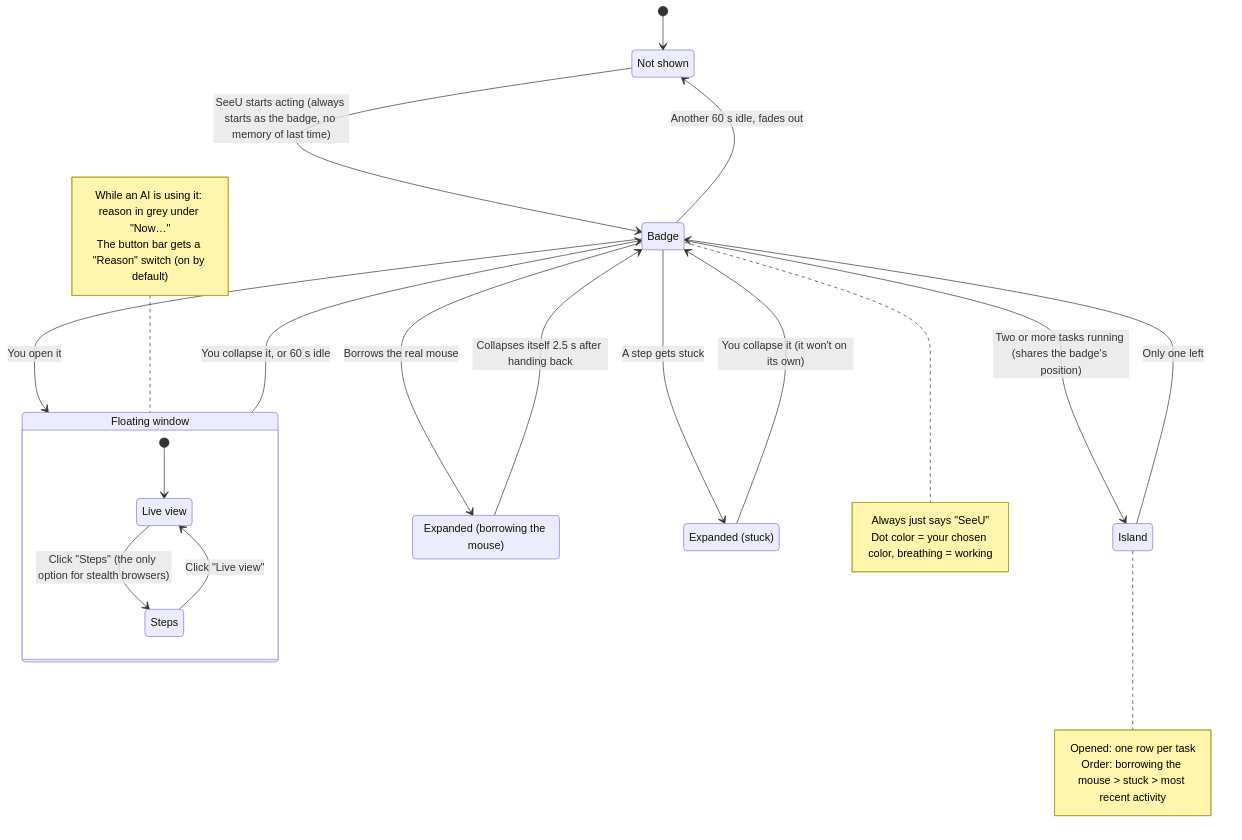
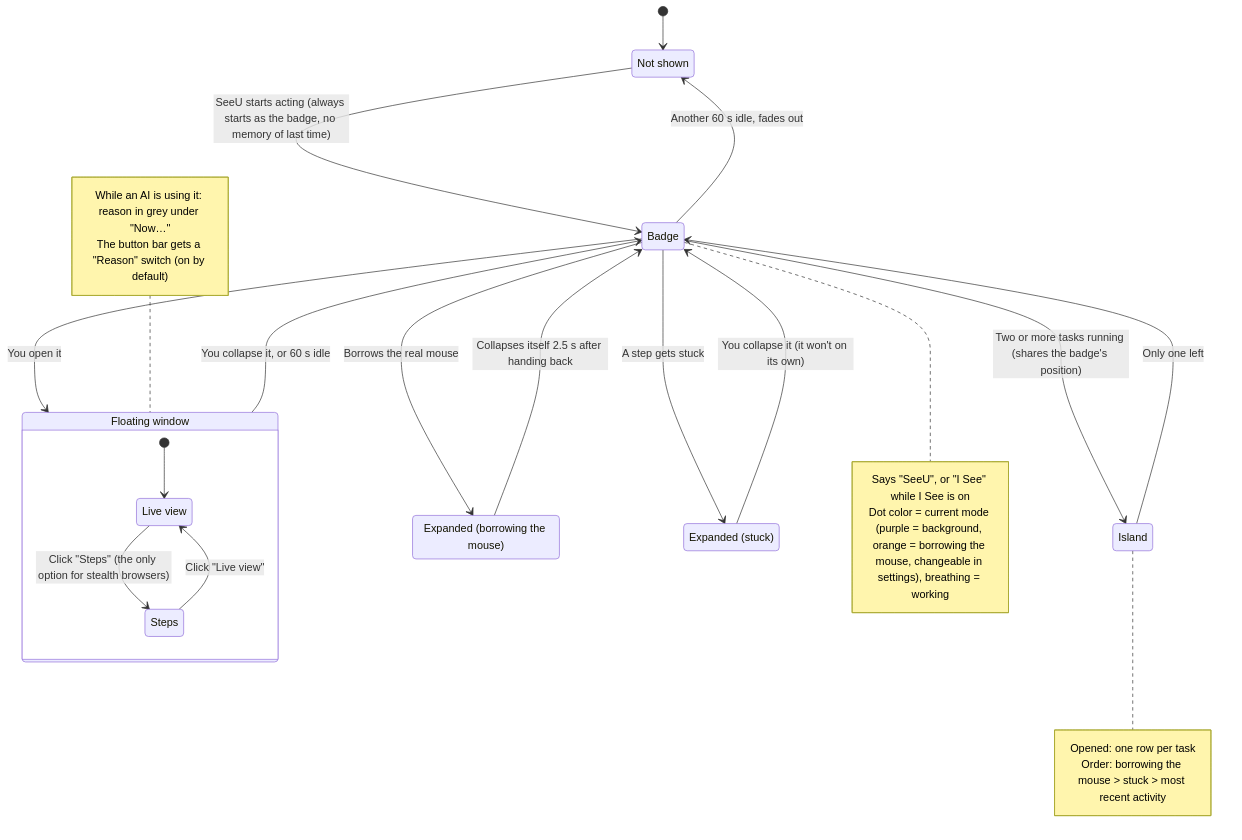
Before and after one commit to Mr-Bingoo/seeu-computeruse: diagram 11 of 13 in docs/SeeU-diagrams.md, drawn with Mermaid. The commit also changed other lines of this file and 47 other files, not shown here.

````diff
--- a/docs/SeeU-diagrams.md
+++ b/docs/SeeU-diagrams.md
@@ -324,39 +488,39 @@
 ```mermaid
 stateDiagram-v2
   None: Not shown
   Badge: Badge
   Win: Floating window
   Borrow: Expanded (borrowing the mouse)
   Stuck: Expanded (stuck)
   Island: Island
   [*] --> None
   None --> Badge: SeeU starts acting (always starts as the badge, no memory of last time)
   Badge --> Win: You open it
   Win --> Badge: You collapse it, or 60 s idle
   Badge --> None: Another 60 s idle, fades out
   Badge --> Borrow: Borrows the real mouse
   Borrow --> Badge: Collapses itself 2.5 s after handing back
   Badge --> Stuck: A step gets stuck
   Stuck --> Badge: You collapse it (it won't on its own)
   state Win {
     Live: Live view
     Steps: Steps
     [*] --> Live
     Live --> Steps: Click "Steps" (the only option for stealth browsers)
     Steps --> Live: Click "Live view"
   }
   Badge --> Island: Two or more tasks running (shares the badge's position)
   Island --> Badge: Only one left
   note right of Badge
-    Always just says "SeeU"
-    Dot color = your chosen color, breathing = working
+    Says "SeeU", or "I See" while I See is on
+    Dot color = current mode (purple = background, orange = borrowing the mouse, changeable in settings), breathing = working
   end note
   note left of Win
     While an AI is using it: reason in grey under "Now…"
     The button bar gets a "Reason" switch (on by default)
   end note
   note right of Island
     Opened: one row per task
     Order: borrowing the mouse > stuck > most recent activity
   end note
 ```
````
